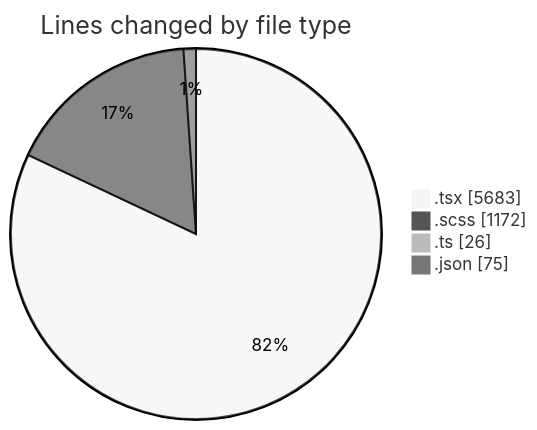
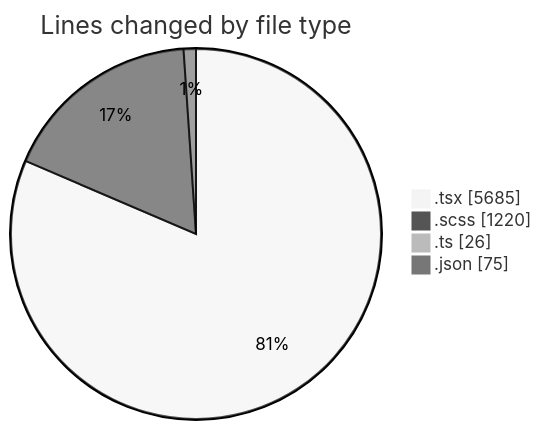
The first of 2 diagrams in 2025-04-09/cda/README.md (momahboobian/code-tracking), drawn with Mermaid (neutral theme) before and after one commit. The commit also changed other lines of this file and 1 other file, not shown here.

````diff
--- a/2025-04-09/cda/README.md
+++ b/2025-04-09/cda/README.md
@@ -43,8 +43,8 @@
 ```mermaid
 pie showData
 title Lines changed by file type
-".tsx" : 5683
-".scss" : 1172
+".tsx" : 5685
+".scss" : 1220
 ".ts" : 26
 ".json" : 75
 ```
````
